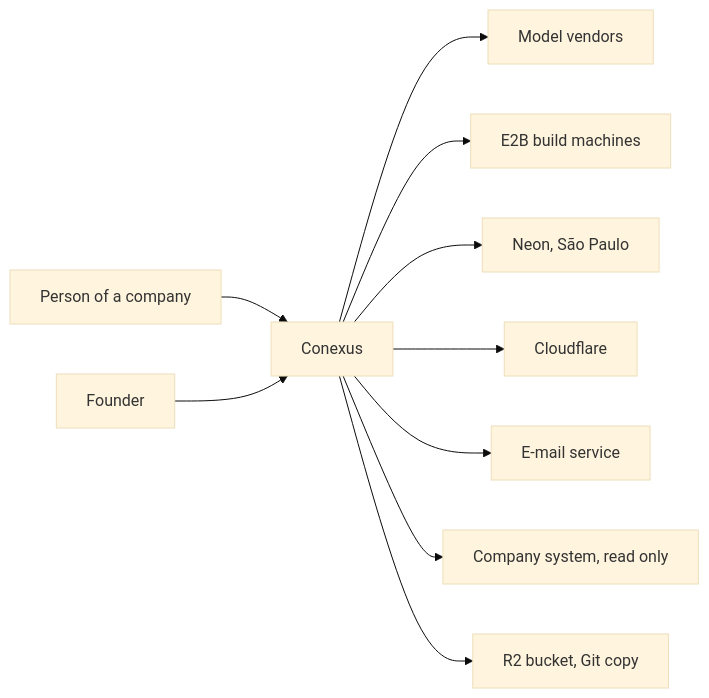
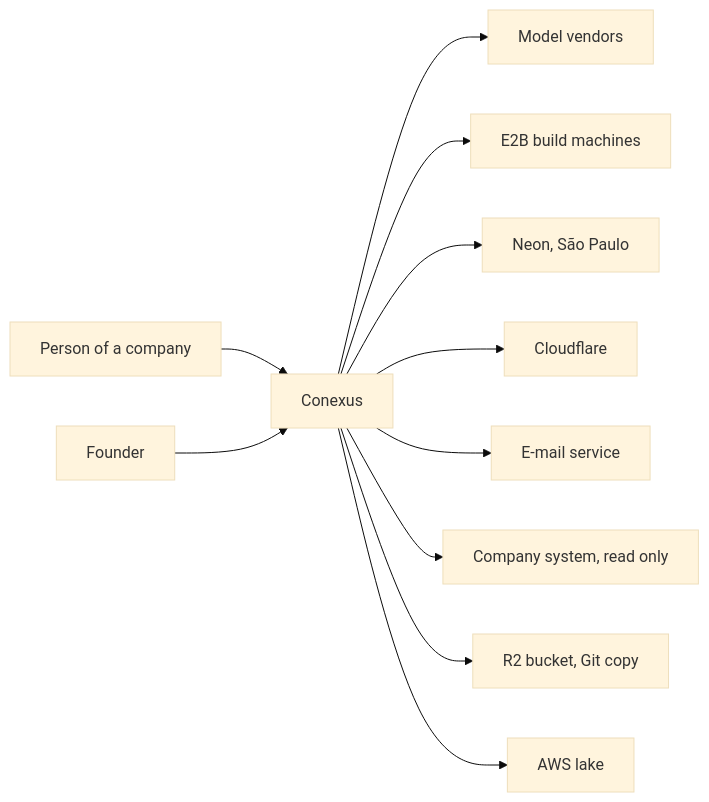
One commit to developmentconexus-ops/conexus changed the first of 2 diagrams in docs/architecture.md. Above: the diagram before and after it, drawn with Mermaid (base theme). The commit also changed other lines of this file, not shown here.

First line of the commit message:
docs(arquitetura): o lago na AWS entra no contexto, na implantação, no isolamento e nos riscos

````diff
--- a/docs/architecture.md
+++ b/docs/architecture.md
@@ -41,12 +40,13 @@
 ```mermaid
 flowchart LR
   P[Person of a company] --> CX[Conexus]
   F[Founder] --> CX
   CX --> MV[Model vendors]
   CX --> E2B[E2B build machines]
   CX --> NE[Neon, São Paulo]
   CX --> CF[Cloudflare]
   CX --> EM[E-mail service]
   CX --> CS[Company system, read only]
   CX --> GC[R2 bucket, Git copy]
+  CX --> AWS[AWS lake]
 ```
````
